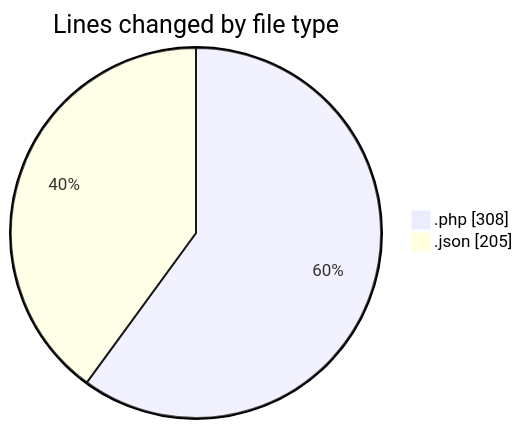
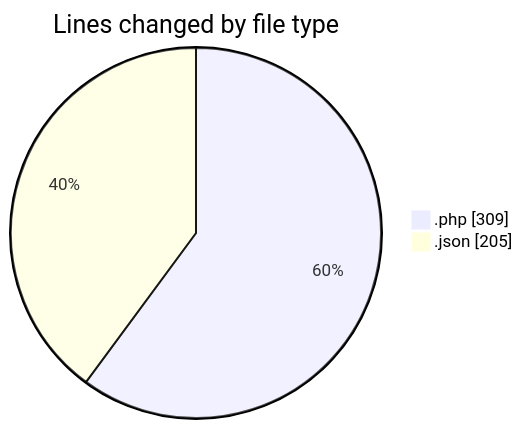
Before and after one commit to idhammustaqopulfikri/code-tracking: the first of 2 diagrams in 2025-04-13/autodidak/README.md, drawn with Mermaid. The commit also changed other lines of this file and 1 other file, not shown here.

````diff
--- a/2025-04-13/autodidak/README.md
+++ b/2025-04-13/autodidak/README.md
@@ -27,6 +27,6 @@
 ```mermaid
 pie showData
 title Lines changed by file type
-".php" : 308
+".php" : 309
 ".json" : 205
 ```
````
